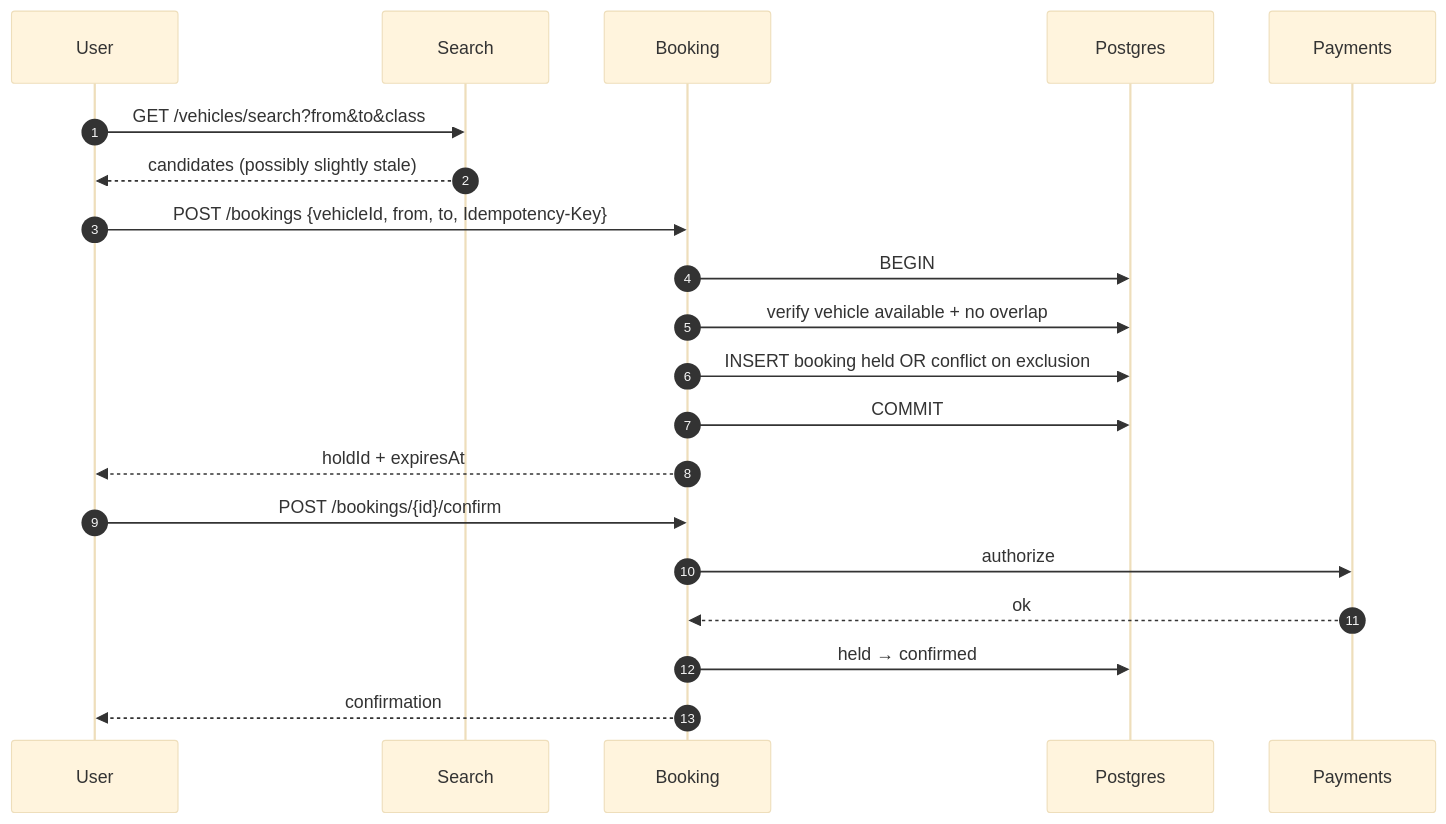
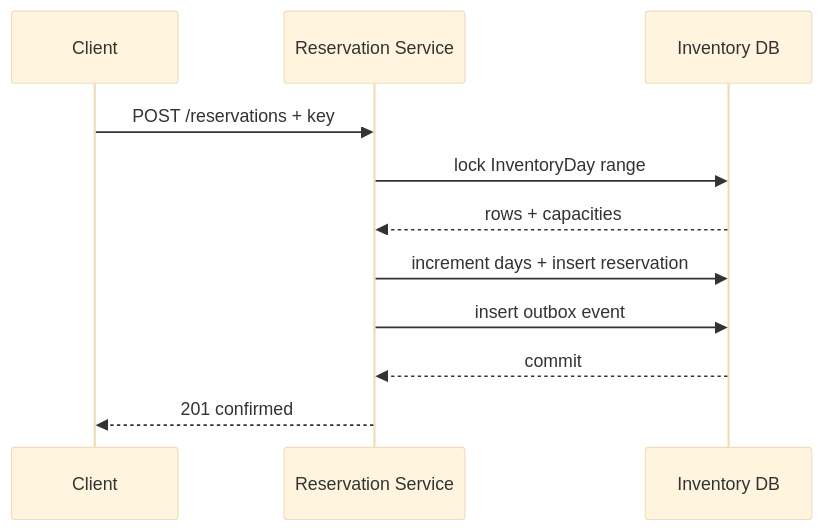
The seventh of 32 diagrams in system_design.md (Chirumamilla1522/c3-ai), drawn with Mermaid (base theme) before and after one commit. The commit also changed other lines of this file and 1 other file, not shown here.

````diff
--- a/system_design.md
+++ b/system_design.md
@@ -754,23 +669,13 @@
 ```mermaid
 sequenceDiagram
-  autonumber
-  participant U as User
-  participant S as Search
-  participant B as Booking
-  participant DB as Postgres
-  participant P as Payments
-
-  U->>S: GET /vehicles/search?from&to&class
-  S-->>U: candidates (possibly slightly stale)
-  U->>B: POST /bookings {vehicleId, from, to, Idempotency-Key}
-  B->>DB: BEGIN
-  B->>DB: verify vehicle available + no overlap
-  B->>DB: INSERT booking held OR conflict on exclusion
-  B->>DB: COMMIT
-  B-->>U: holdId + expiresAt
-  U->>B: POST /bookings/{id}/confirm
-  B->>P: authorize
-  P-->>B: ok
-  B->>DB: held → confirmed
-  B-->>U: confirmation
+  participant C as Client
+  participant R as Reservation Service
+  participant DB as Inventory DB
+  C->>R: POST /reservations + key
+  R->>DB: lock InventoryDay range
+  DB-->>R: rows + capacities
+  R->>DB: increment days + insert reservation
+  R->>DB: insert outbox event
+  DB-->>R: commit
+  R-->>C: 201 confirmed
 ```
````
